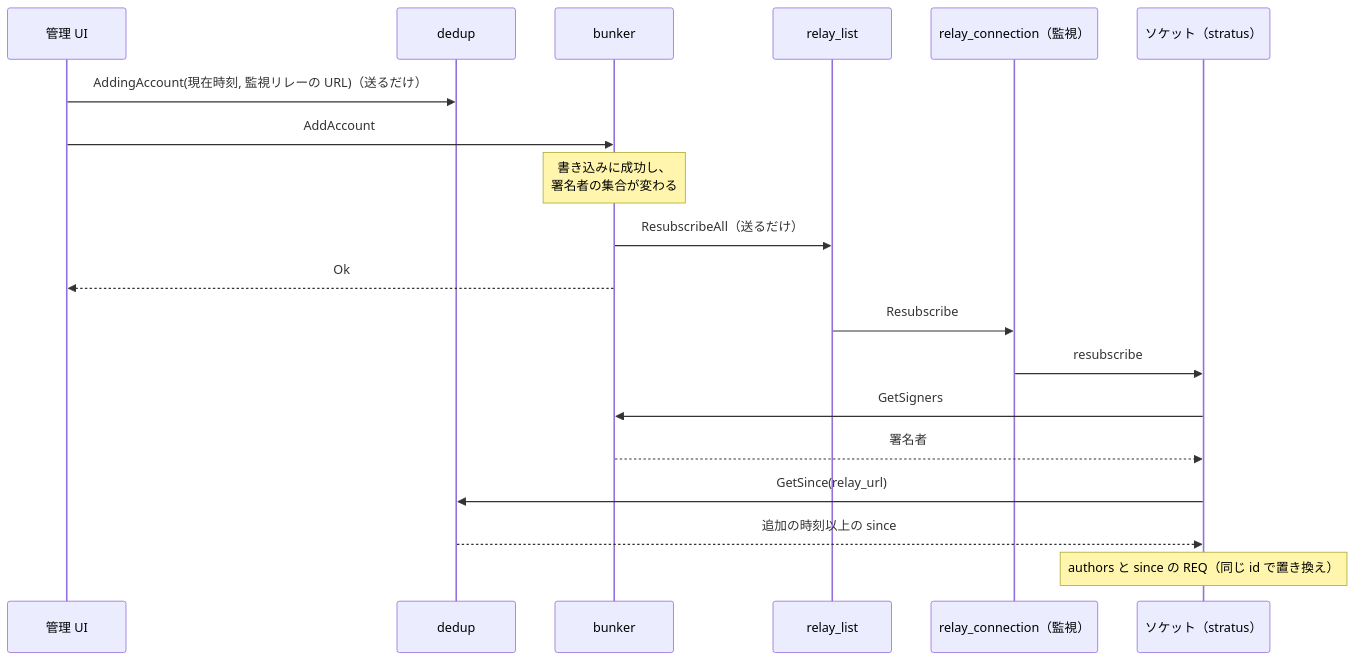
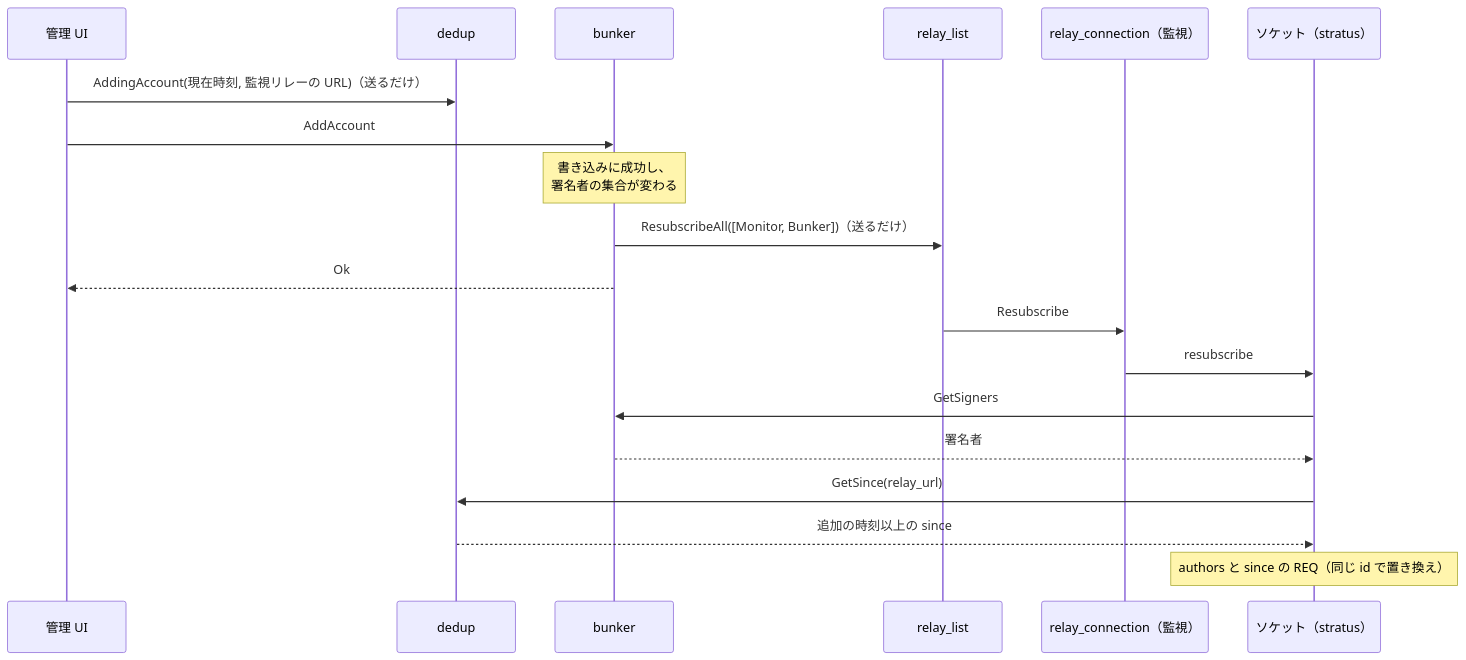
The third of 9 diagrams in docs/architecture.md (neverclear86/nostr-no-su), drawn with Mermaid before and after one commit. The commit also changed other lines of this file and 5 other files, not shown here.

````diff
--- a/docs/architecture.md
+++ b/docs/architecture.md
@@ -234,22 +235,22 @@
 ```mermaid
 sequenceDiagram
     participant ui as 管理 UI
     participant dedup as dedup
     participant bk as bunker
     participant list as relay_list
     participant conn as relay_connection（監視）
     participant sock as ソケット（stratus）
 
     ui->>dedup: AddingAccount(現在時刻, 監視リレーの URL)（送るだけ）
     ui->>bk: AddAccount
     Note over bk: 書き込みに成功し、<br/>署名者の集合が変わる
-    bk->>list: ResubscribeAll（送るだけ）
+    bk->>list: ResubscribeAll([Monitor, Bunker])（送るだけ）
     bk-->>ui: Ok
     list->>conn: Resubscribe
     conn->>sock: resubscribe
     sock->>bk: GetSigners
     bk-->>sock: 署名者
     sock->>dedup: GetSince(relay_url)
     dedup-->>sock: 追加の時刻以上の since
     Note over sock: authors と since の REQ（同じ id で置き換え）
 ```
````
